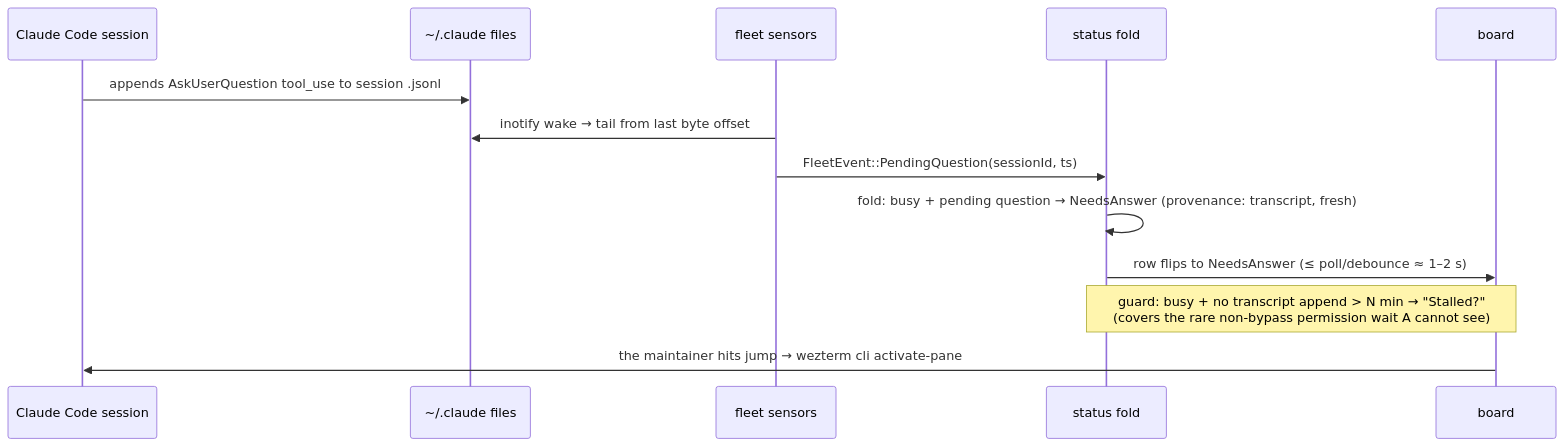
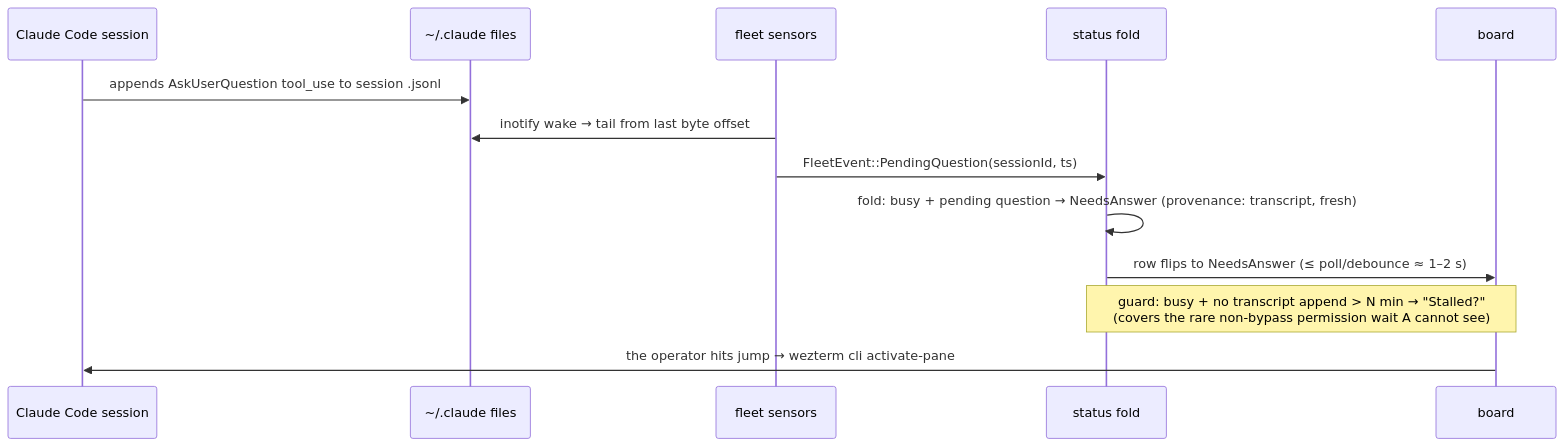
Before and after one commit to eletrixa/fleetops: the third of 4 diagrams in plans/001-fleetops-architecture/00-SYNTHESIS.md, drawn with Mermaid. The commit also changed other lines of this file and 45 other files, not shown here.

````diff
--- a/plans/001-fleetops-architecture/00-SYNTHESIS.md
+++ b/plans/001-fleetops-architecture/00-SYNTHESIS.md
@@ -106,15 +106,15 @@
 ```mermaid
 sequenceDiagram
     participant CC as Claude Code session
     participant FS as ~/.claude files
     participant SEN as fleet sensors
     participant FOLD as status fold
     participant UI as board
     CC->>FS: appends AskUserQuestion tool_use to session .jsonl
     SEN->>FS: inotify wake → tail from last byte offset
     SEN->>FOLD: FleetEvent::PendingQuestion(sessionId, ts)
     FOLD->>FOLD: fold: busy + pending question → NeedsAnswer (provenance: transcript, fresh)
     FOLD->>UI: row flips to NeedsAnswer (≤ poll/debounce ≈ 1–2 s)
     Note over FOLD,UI: guard: busy + no transcript append > N min → "Stalled?"<br/>(covers the rare non-bypass permission wait A cannot see)
-    UI->>CC: the maintainer hits jump → wezterm cli activate-pane
+    UI->>CC: the operator hits jump → wezterm cli activate-pane
 ```
````
